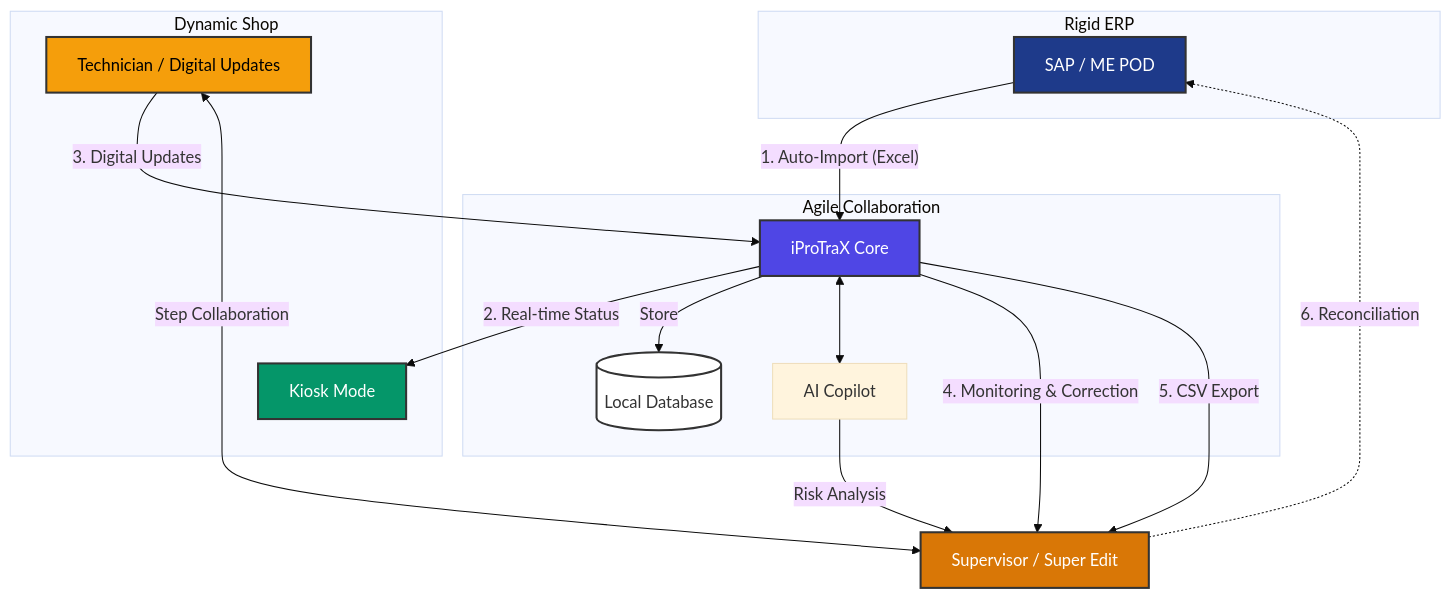
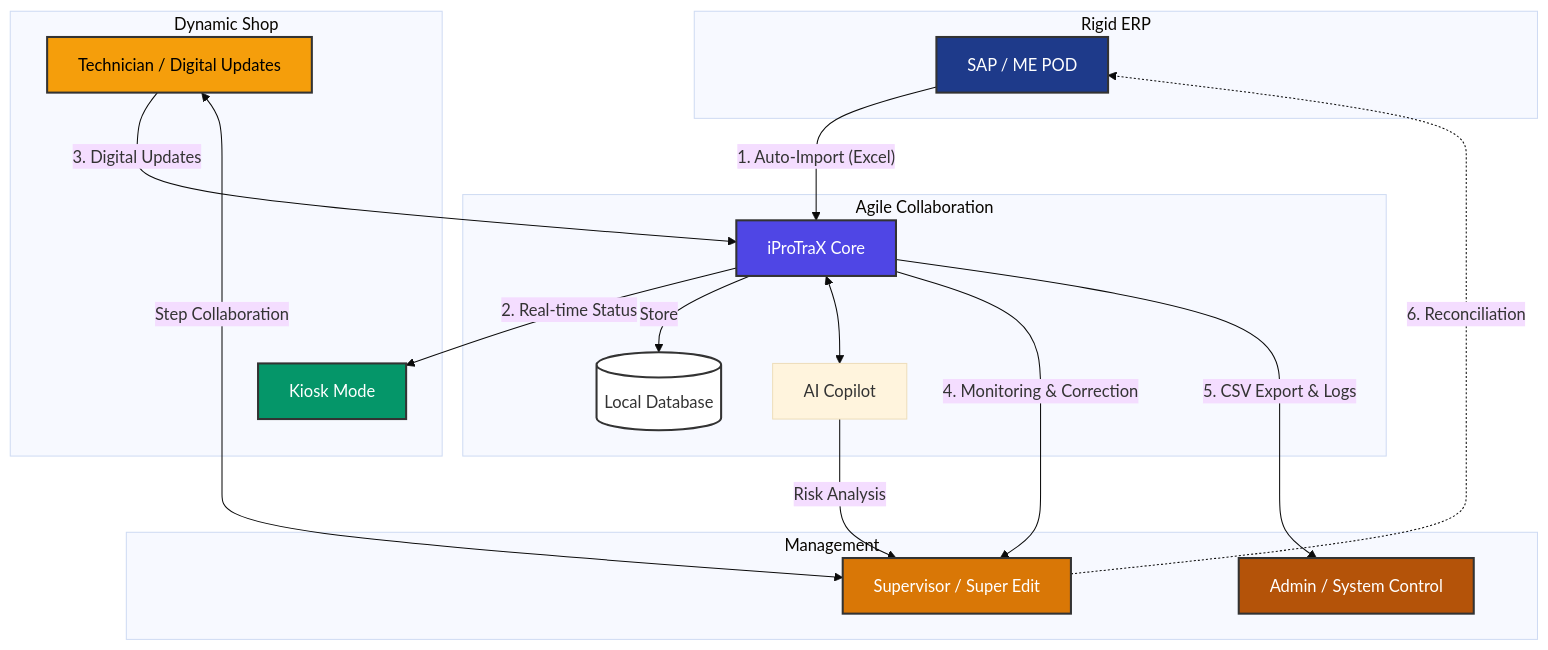
One commit to Tropical8818/ProTracker changed the diagram in README.md. Above: the diagram before and after it, drawn with Mermaid (base theme). The commit also changed 1 other file, not shown here.

Commit message:
docs: refine architecture diagram with Admin role and clearer role separation

````diff
--- a/README.md
+++ b/README.md
@@ -40,46 +40,51 @@
 ```mermaid
 graph TD
     subgraph RigidERP ["Rigid ERP"]
         SAP[SAP / ME POD]
     end
 
     subgraph DynamicShop ["Dynamic Shop"]
         Tech[Technician / Digital Updates]
         Kiosk[Kiosk Mode]
     end
 
     subgraph AgileCollaboration ["Agile Collaboration"]
         Core[iProTraX Core]
         DB[(Local Database)]
         AI[AI Copilot]
     end
 
-    Supervisor[Supervisor / Super Edit]
+    subgraph Management ["Management"]
+        Supervisor[Supervisor / Super Edit]
+        Admin[Admin / System Control]
+    end
 
     %% Connections
     SAP -->|"1. Auto-Import (Excel)"| Core
     Core -->|"2. Real-time Status"| Kiosk
     Tech -->|"3. Digital Updates"| Core
     Core -->|"Store"| DB
     Core <--> AI
     AI -->|"Risk Analysis"| Supervisor
     Core -->|"4. Monitoring & Correction"| Supervisor
-    Core -->|"5. CSV Export"| Supervisor
+    Core -->|"5. CSV Export & Logs"| Admin
     Supervisor -.->|"6. Reconciliation"| SAP
     Tech <-->|"Step Collaboration"| Supervisor
 
     %% Styling
     classDef sap fill:#1e3a8a,stroke:#333,stroke-width:2px,color:white;
     classDef core fill:#4f46e5,stroke:#333,stroke-width:2px,color:white;
     classDef kiosk fill:#059669,stroke:#333,stroke-width:2px,color:white;
     classDef super fill:#d97706,stroke:#333,stroke-width:2px,color:white;
+    classDef admin fill:#b45309,stroke:#333,stroke-width:2px,color:white;
     classDef db fill:#fff,stroke:#333,stroke-width:2px;
     classDef shop fill:#f59e0b,stroke:#333,stroke-width:2px,color:black;
 
     class SAP sap;
     class Core core;
     class Kiosk kiosk;
     class Supervisor super;
+    class Admin admin;
     class DB db;
     class Tech shop;
 ```
````
